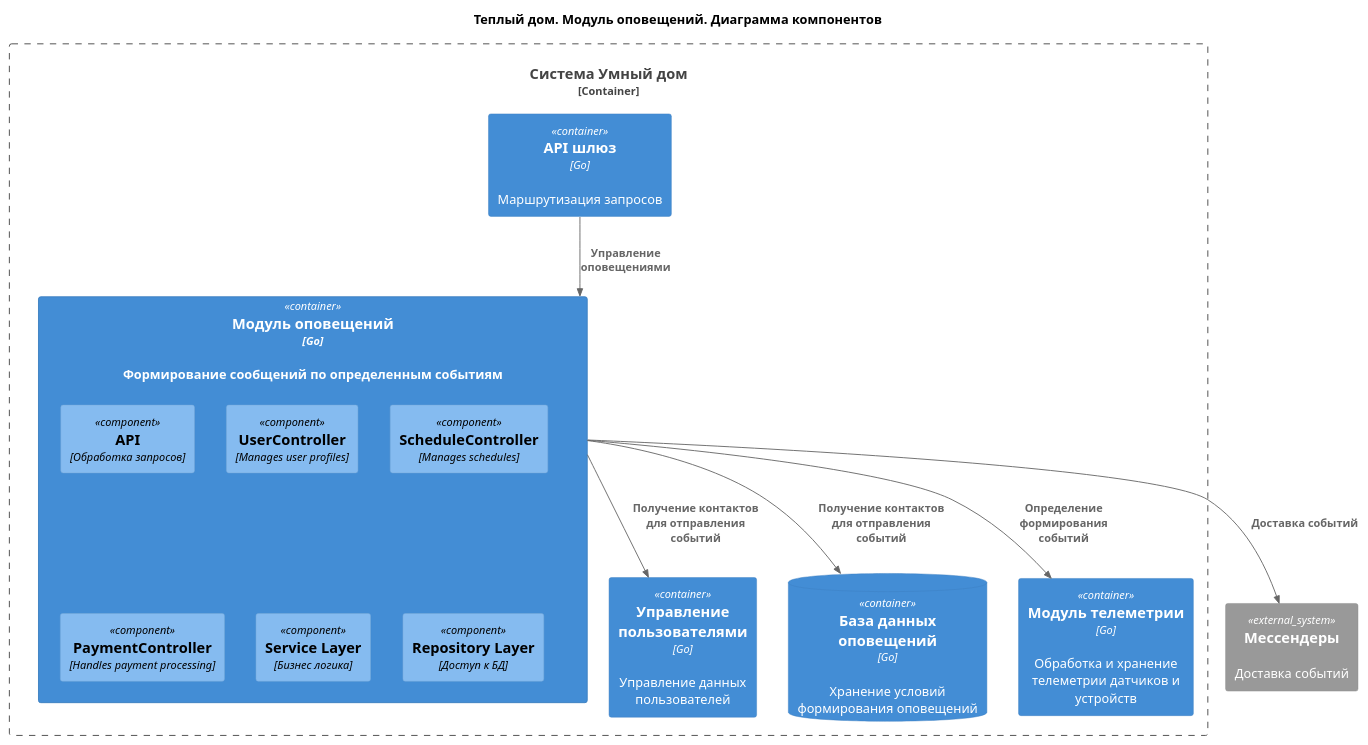
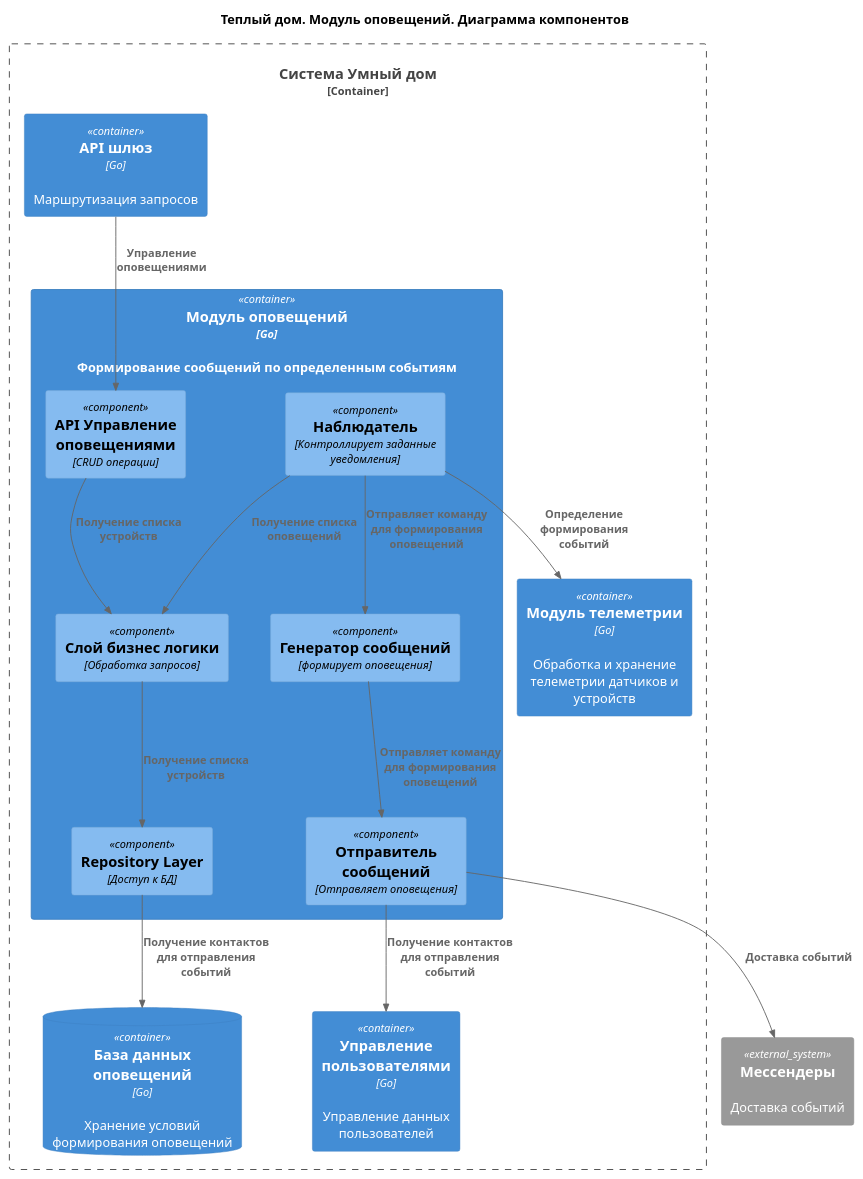
One commit to binaril/architecture-warmhouse changed the diagram in diagrams/C4.Component.Notification.puml. Above: the diagram before and after it, drawn with PlantUML. The commit also changed 7 other files, not shown here.

```diff
--- a/diagrams/C4.Component.Notification.puml
+++ b/diagrams/C4.Component.Notification.puml
@@ -1,33 +1,38 @@
 @startuml
 title Теплый дом. Модуль оповещений. Диаграмма компонентов
 
 top to bottom direction
 
 !includeurl https://raw.githubusercontent.com/RicardoNiepel/C4-PlantUML/master/C4_Component.puml
 
 
 Container_Boundary(SmartHouse, "Система Умный дом") {
   Container(GateWay, "API шлюз", "Go", "Маршрутизация запросов")
   Container(UserAccess, "Управление пользователями", "Go", "Управление данных пользователей")
   Container(Notification, "Модуль оповещений", "Go", "Формирование сообщений по определенным событиям")
   ContainerDb(NotificationDb, "База данных оповещений", "Go", "Хранение условий формирования оповещений")
   Container(Telemetry, "Модуль телеметрии", "Go", "Обработка и хранение телеметрии датчиков и устройств")
 }
 
 System_Ext(Messengers, "Мессендеры", "Доставка событий")
 
 Container(Notification, "Модуль оповещений", "Go") {
-  Component(ApiHandler, "API", "Обработка запросов")
-  Component(PollingCircle, "UserController", "Manages user profiles")
-  Component(ScheduleController, "ScheduleController", "Manages schedules")
-  Component(PaymentController, "PaymentController", "Handles payment processing")
-  Component(Aggragator, "Service Layer", "Бизнес логика")
+  Component(ManageController, "API Управление оповещениями", "CRUD операции")
+  Component(ServiceLayer, "Слой бизнес логики", "Обработка запросов")
+  Component(Observer, "Наблюдатель", "Контроллирует заданные уведомления")
+  Component(MessageGenerator, "Генератор сообщений", "формирует оповещения")
+  Component(MessageSender, "Отправитель сообщений", "Отправляет оповещения")
   Component(RepositoryLayer, "Repository Layer", "Доступ к БД")
 }
 
-Rel(GateWay, Notification, "Управление оповещениями")
-Rel(Notification, Telemetry, "Определение формирования событий")
-Rel(Notification, Messengers, "Доставка событий")
-Rel(Notification, UserAccess, "Получение контактов для отправления событий")
-Rel(Notification, NotificationDb, "Получение контактов для отправления событий")
+Rel(GateWay, ManageController, "Управление оповещениями")
+Rel(Observer, Telemetry, "Определение формирования событий")
+Rel(MessageSender, Messengers, "Доставка событий")
+Rel(MessageSender, UserAccess, "Получение контактов для отправления событий")
+Rel(ManageController, ServiceLayer, "Получение списка устройств")
+Rel(ServiceLayer, RepositoryLayer, "Получение списка устройств")
+Rel(RepositoryLayer, NotificationDb, "Получение контактов для отправления событий")
+Rel(Observer, ServiceLayer, "Получение списка оповещений")
+Rel(Observer, MessageGenerator, "Отправляет команду для формирования оповещений")
+Rel(MessageGenerator, MessageSender, "Отправляет команду для формирования оповещений")
 @enduml
```
